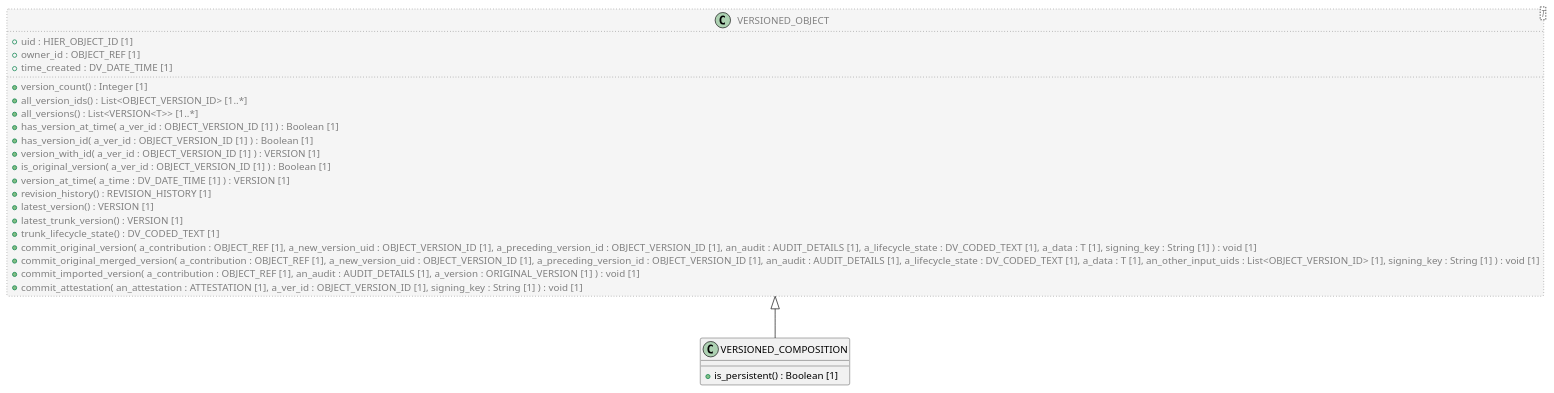
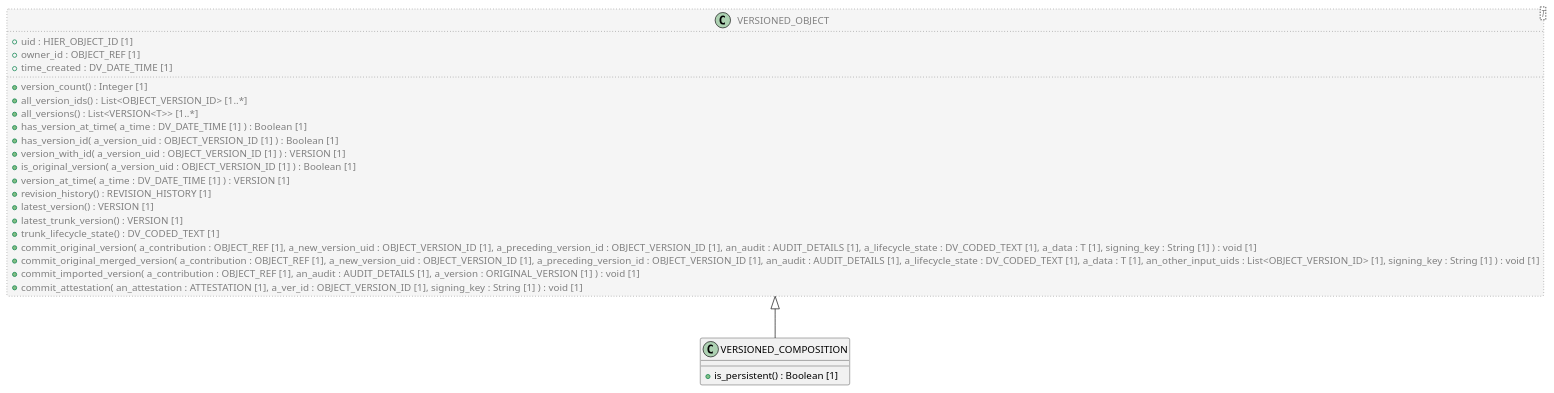
The diagram in code/Adoc/openehr_rm_1.1.0/plantUML/classes/org.openehr.rm.ehr.versioned_composition.adoc (sebastian-iancu/code-generator), drawn with PlantUML before and after one commit. The commit also changed 719 other files, not shown here.

```diff
--- a/code/Adoc/openehr_rm_1.1.0/plantUML/classes/org.openehr.rm.ehr.versioned_composition.adoc
+++ b/code/Adoc/openehr_rm_1.1.0/plantUML/classes/org.openehr.rm.ehr.versioned_composition.adoc
@@ -1,35 +1,35 @@
 [plantuml,VERSIONED_COMPOSITION,format=svg,svg-type="inline"]
 -----
 @startuml
 
 class VERSIONED_COMPOSITION {
   + is_persistent() : Boolean [1]
 }
 
 class VERSIONED_OBJECT <T>  #whitesmoke;line:gray;line.dotted;text:gray {
   + uid : HIER_OBJECT_ID [1]
   + owner_id : OBJECT_REF [1]
   + time_created : DV_DATE_TIME [1]
   + version_count() : Integer [1]
   + all_version_ids() : List<OBJECT_VERSION_ID> [1..*]
   + all_versions() : List<VERSION<T>> [1..*]
-  + has_version_at_time( a_ver_id : OBJECT_VERSION_ID [1] ) : Boolean [1]
-  + has_version_id( a_ver_id : OBJECT_VERSION_ID [1] ) : Boolean [1]
-  + version_with_id( a_ver_id : OBJECT_VERSION_ID [1] ) : VERSION [1]
-  + is_original_version( a_ver_id : OBJECT_VERSION_ID [1] ) : Boolean [1]
+  + has_version_at_time( a_time : DV_DATE_TIME [1] ) : Boolean [1]
+  + has_version_id( a_version_uid : OBJECT_VERSION_ID [1] ) : Boolean [1]
+  + version_with_id( a_version_uid : OBJECT_VERSION_ID [1] ) : VERSION [1]
+  + is_original_version( a_version_uid : OBJECT_VERSION_ID [1] ) : Boolean [1]
   + version_at_time( a_time : DV_DATE_TIME [1] ) : VERSION [1]
   + revision_history() : REVISION_HISTORY [1]
   + latest_version() : VERSION [1]
   + latest_trunk_version() : VERSION [1]
   + trunk_lifecycle_state() : DV_CODED_TEXT [1]
   + commit_original_version( a_contribution : OBJECT_REF [1], a_new_version_uid : OBJECT_VERSION_ID [1], a_preceding_version_id : OBJECT_VERSION_ID [1], an_audit : AUDIT_DETAILS [1], a_lifecycle_state : DV_CODED_TEXT [1], a_data : T [1], signing_key : String [1] ) : void [1]
   + commit_original_merged_version( a_contribution : OBJECT_REF [1], a_new_version_uid : OBJECT_VERSION_ID [1], a_preceding_version_id : OBJECT_VERSION_ID [1], an_audit : AUDIT_DETAILS [1], a_lifecycle_state : DV_CODED_TEXT [1], a_data : T [1], an_other_input_uids : List<OBJECT_VERSION_ID> [1], signing_key : String [1] ) : void [1]
   + commit_imported_version( a_contribution : OBJECT_REF [1], an_audit : AUDIT_DETAILS [1], a_version : ORIGINAL_VERSION [1] ) : void [1]
   + commit_attestation( an_attestation : ATTESTATION [1], a_ver_id : OBJECT_VERSION_ID [1], signing_key : String [1] ) : void [1]
 }
 
 VERSIONED_OBJECT <|-- VERSIONED_COMPOSITION
 
 
 @enduml
 -----
```
